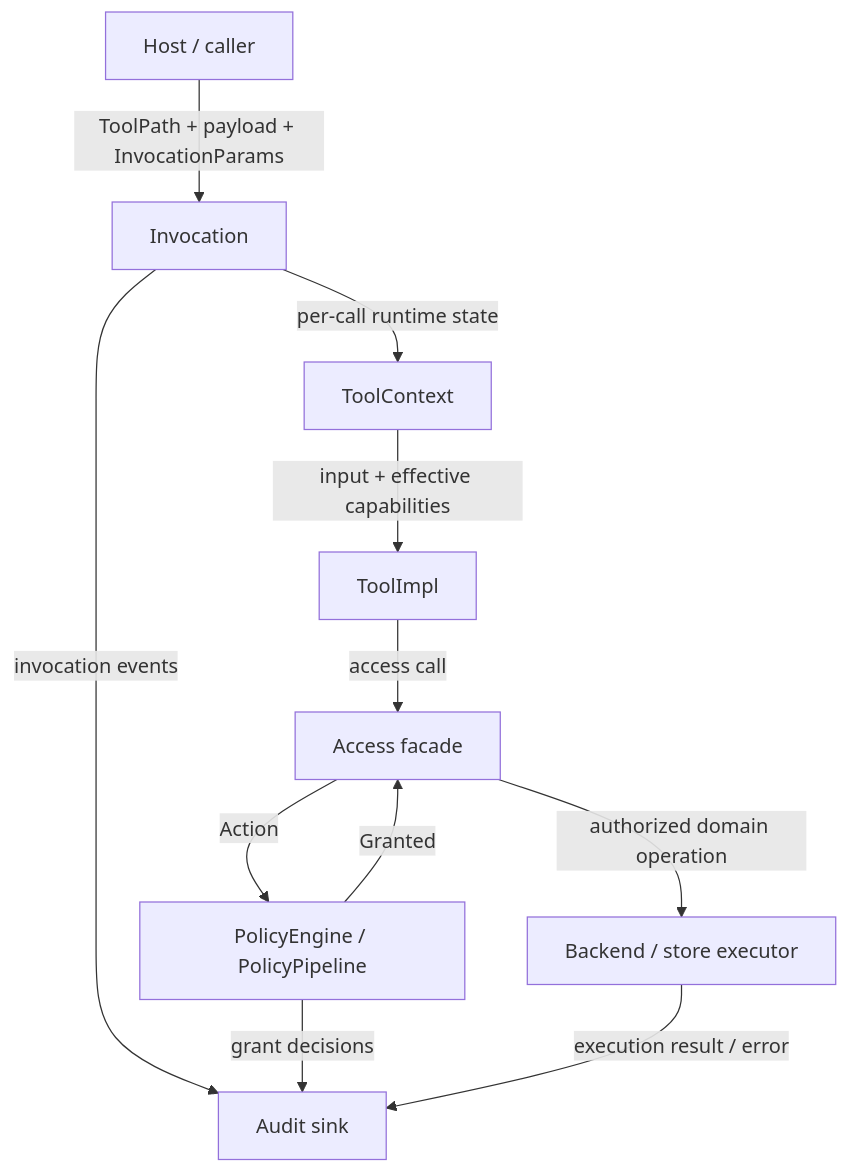
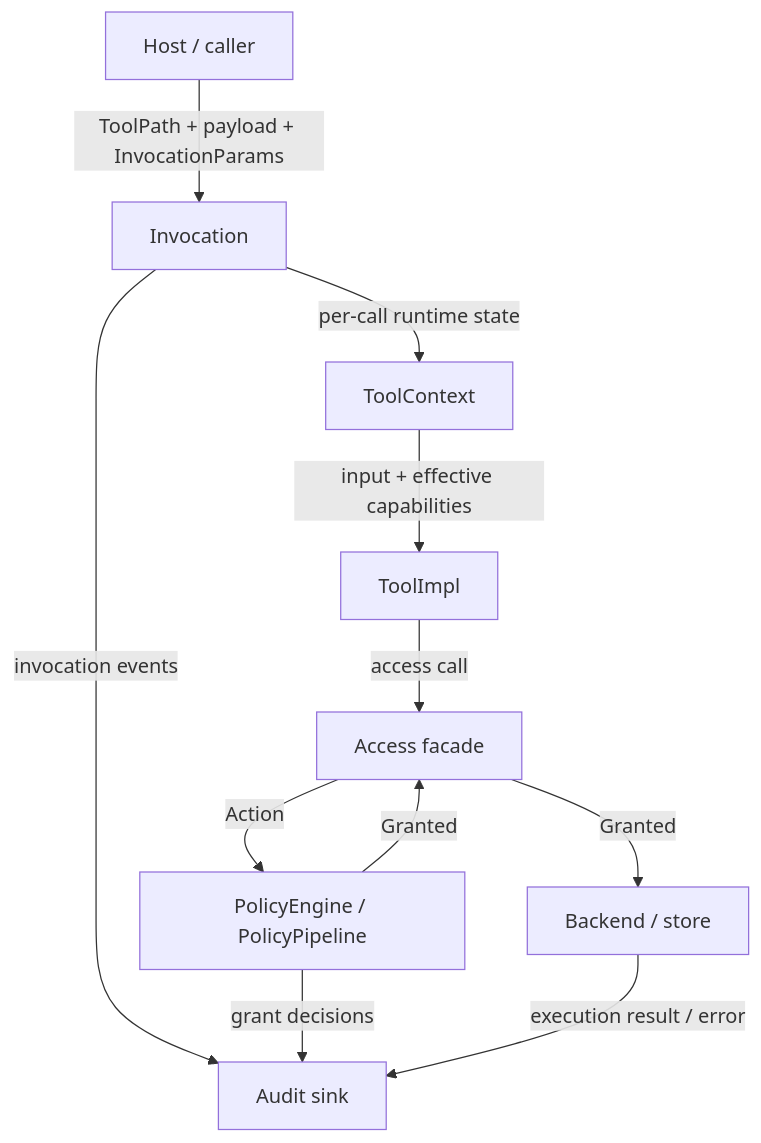
The diagram in README.md (InuDial/agent-mvp), drawn with Mermaid before and after one commit. The commit also changed other lines of this file and 15 other files, not shown here.

````diff
--- a/README.md
+++ b/README.md
@@ -76,13 +76,13 @@
 ```mermaid
 flowchart TD
     Host[Host / caller] -->|ToolPath + payload + InvocationParams| Invocation[Invocation]
     Invocation -->|per-call runtime state| Context[ToolContext]
     Context -->|input + effective capabilities| Tool[ToolImpl]
     Tool -->|access call| Access[Access facade]
     Access -->|Action| Policy[PolicyEngine / PolicyPipeline]
     Policy -->|Granted<Action>| Access
-    Access -->|authorized domain operation| Executor[Backend / store executor]
+    Access -->|Granted<Action>| Executor[Backend / store]
     Invocation -->|invocation events| Audit[Audit sink]
     Policy -->|grant decisions| Audit
     Executor -->|execution result / error| Audit
 ```
````
